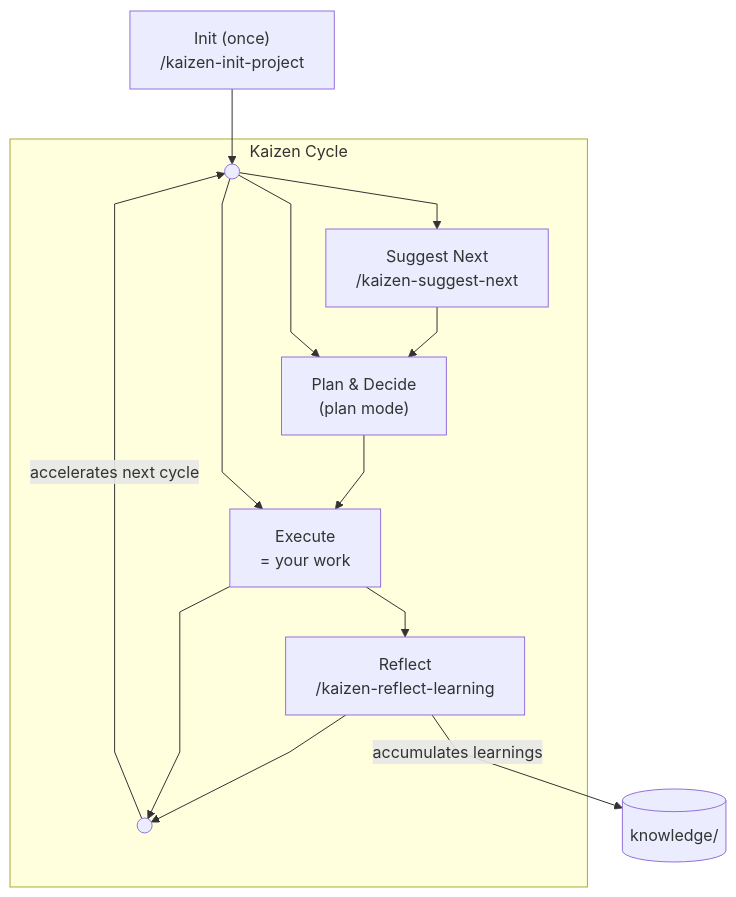
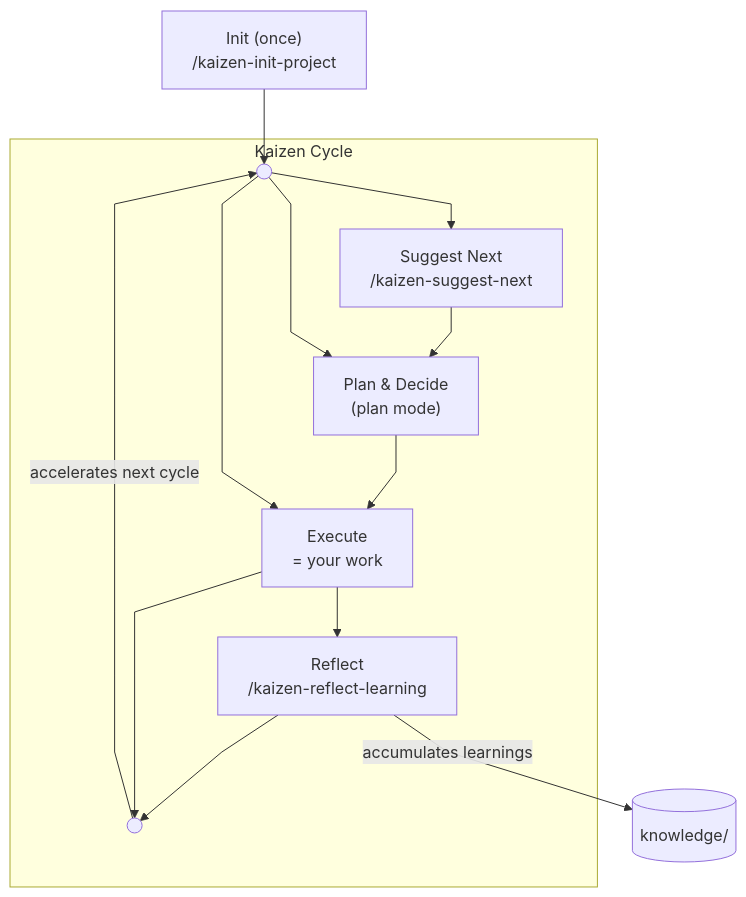
The diagram in docs/CONCEPT.md (tomfook/kaizen-cli), drawn with Mermaid before and after one commit. The commit also changed 1 other file, not shown here.

Commit message:
style: position Knowledge at same rank as Reflect for horizontal arrow
Use invisible link (Execute ~~~ Knowledge) to align Knowledge node
at Reflect's level, so the arrow exits from Reflect's side.

https://claude.ai/code/session_011ENnixXZ7xcQcWQSnBuWA9

````diff
--- a/docs/CONCEPT.md
+++ b/docs/CONCEPT.md
@@ -45,27 +45,28 @@
 ```mermaid
 ---
 config:
   flowchart:
     curve: linear
 ---
 graph TD
     Init["Init (once)<br>/kaizen-init-project"] --> Start
 
     subgraph Cycle [" Kaizen Cycle "]
         Start((" "))
         Suggest["Suggest Next<br>/kaizen-suggest-next"]
         Plan["Plan & Decide<br>(plan mode)"]
         Execute["Execute<br>= your work"]
         Reflect["Reflect<br>/kaizen-reflect-learning"]
         End((" "))
 
         Start --> Suggest --> Plan --> Execute --> Reflect --> End
         Start --> Plan
         Start --> Execute
         Execute --> End
     end
 
     Knowledge[("knowledge/")]
+    Execute ~~~ Knowledge
     Reflect -->|"accumulates learnings"| Knowledge
     End -->|"accelerates next cycle"| Start
 ```
````
